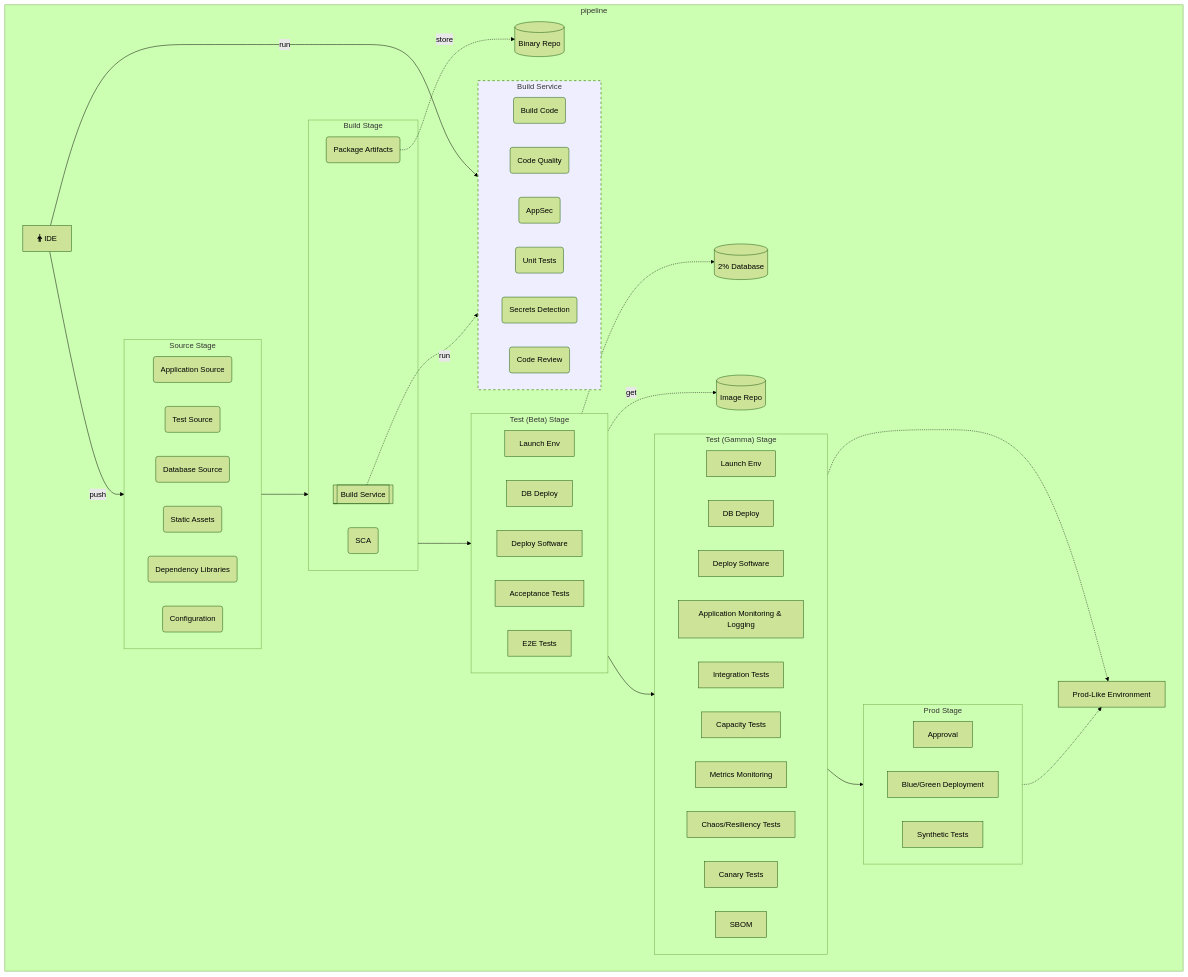
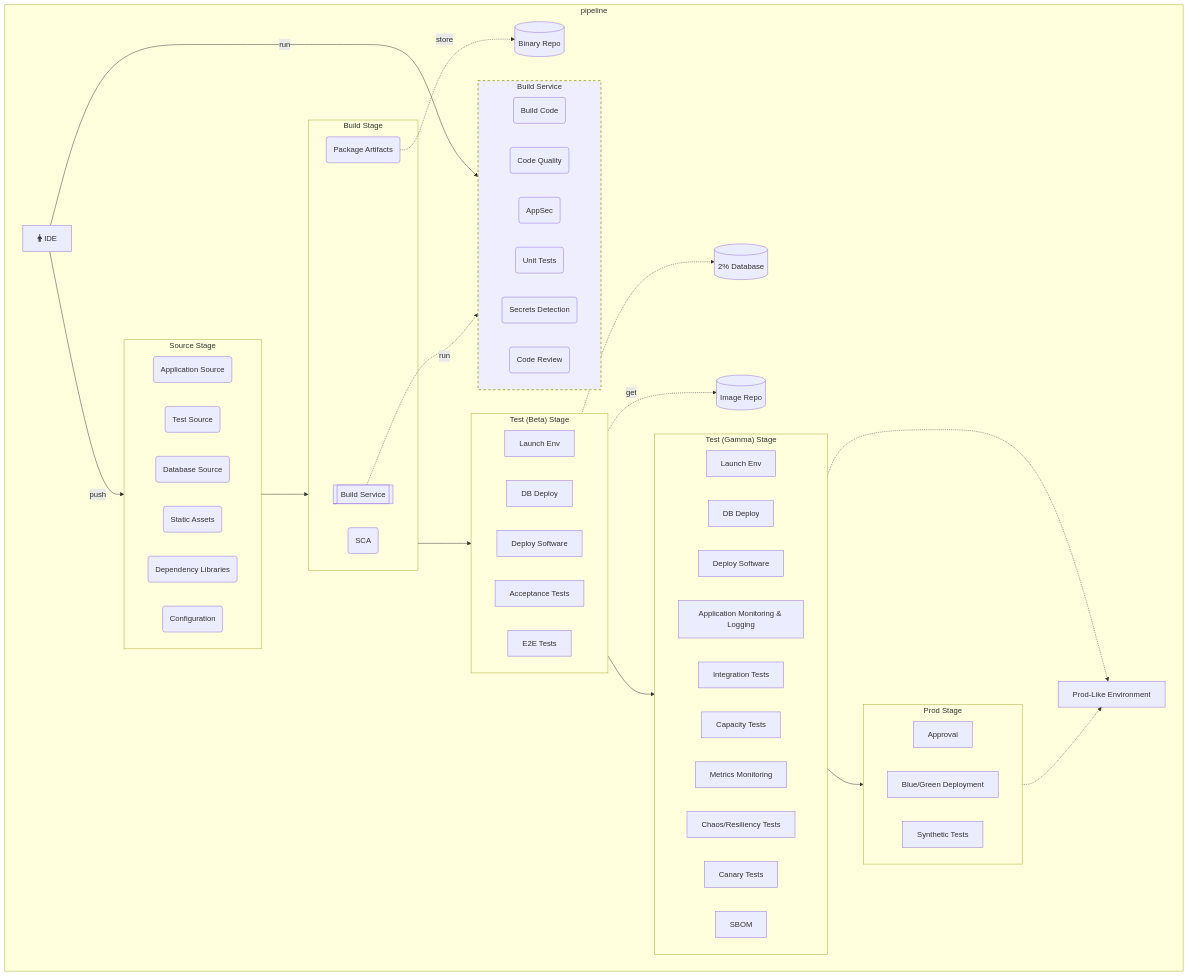
The diagram in docs/application-pipeline.md (aws-samples/aws-deployment-pipeline-reference-architecture), drawn with Mermaid before and after one commit. The commit also changed 7 other files, not shown here.

````diff
--- a/docs/application-pipeline.md
+++ b/docs/application-pipeline.md
@@ -5,5 +5,4 @@
 ```mermaid
-%%{init: {"theme": "forest", "logLevel": 1 }}%%
 
 flowchart
   ide[fa:fa-person IDE]
````
